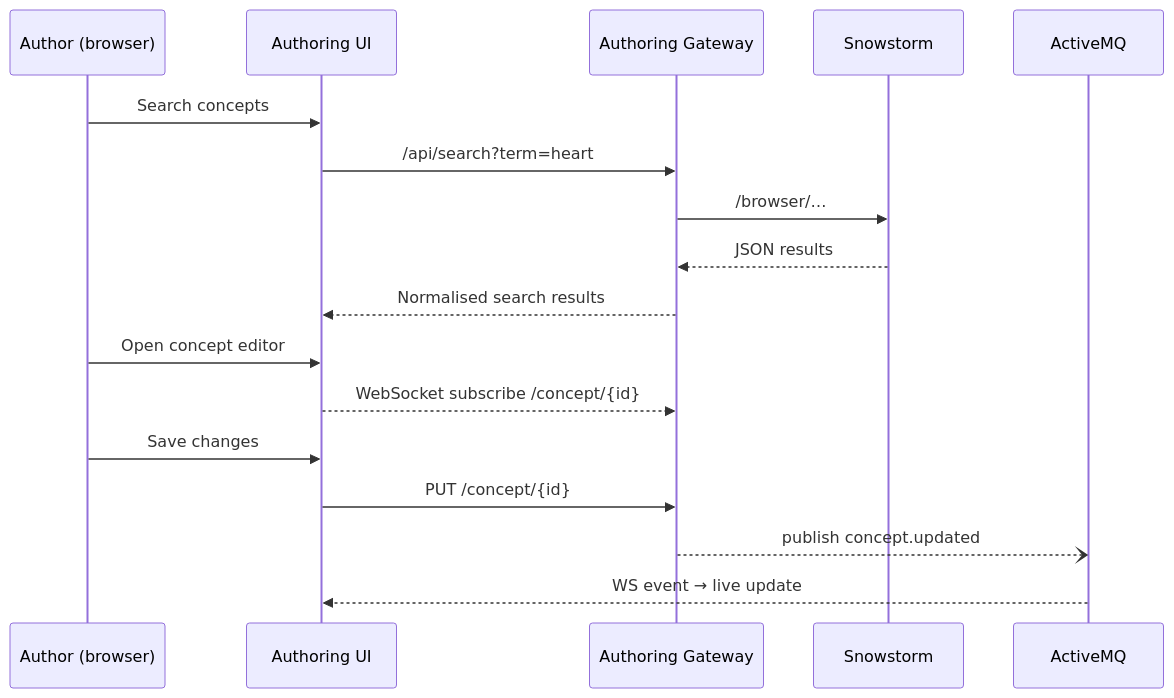
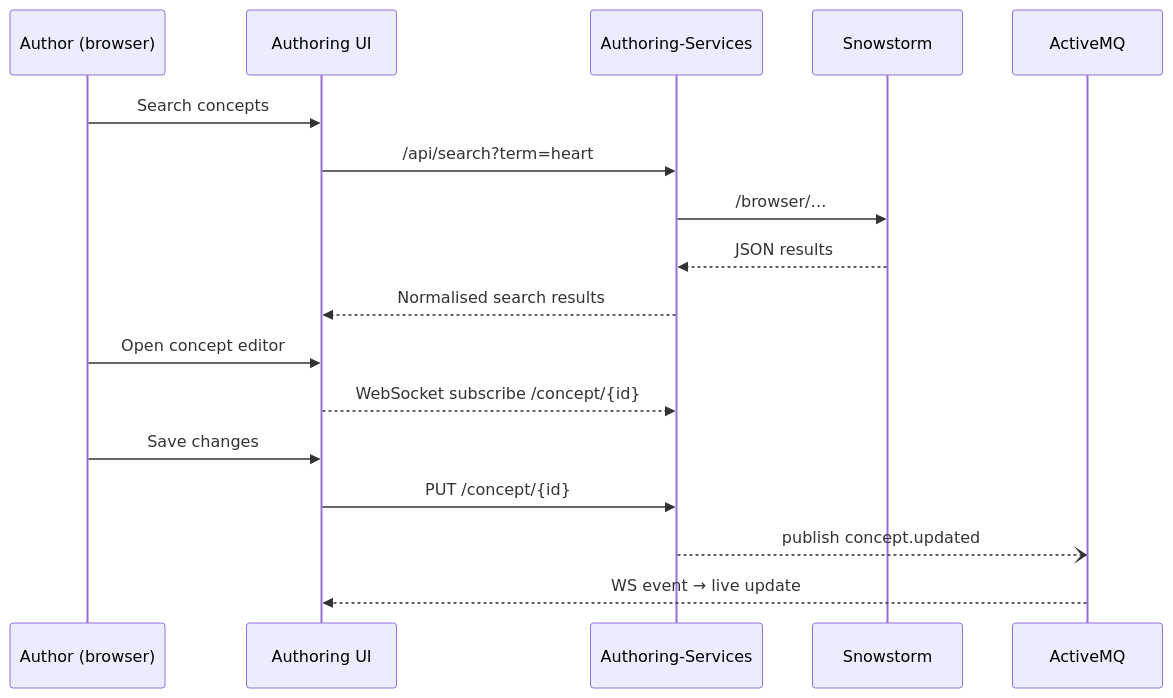
One commit to IHTSDO/authoring-ui changed the second of 2 diagrams in README.md. Above: the diagram before and after it, drawn with Mermaid. The commit also changed other lines of this file, not shown here.

````diff
--- a/README.md
+++ b/README.md
@@ -32,18 +32,18 @@
 ```mermaid
 sequenceDiagram
     participant Author as Author (browser)
     participant UI as Authoring UI
-    participant Gateway as Authoring Gateway
+    participant Gateway as Authoring-Services
     participant Snowstorm as Snowstorm
     Author->>UI: Search concepts
     UI->>Gateway: /api/search?term=heart
     Gateway->>Snowstorm: /browser/…
     Snowstorm-->>Gateway: JSON results
     Gateway-->>UI: Normalised search results
     Author->>UI: Open concept editor
     UI-->>Gateway: WebSocket subscribe /concept/{id}
     Author->>UI: Save changes
     UI->>Gateway: PUT /concept/{id}
     Gateway--)ActiveMQ: publish concept.updated
     ActiveMQ-->>UI: WS event → live update
 ```
````
